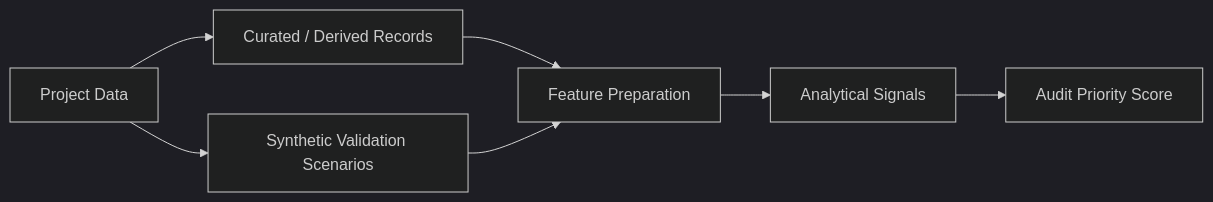
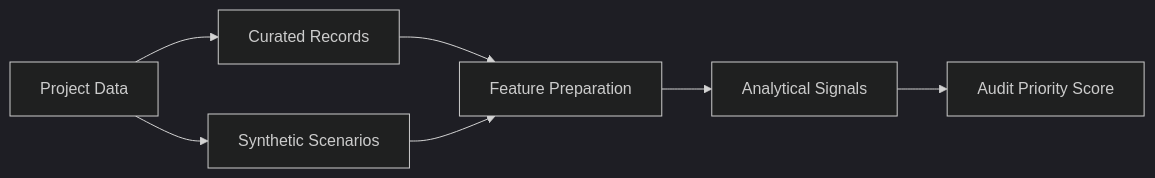
Before and after one commit to the-nidhi-bhat/mplads-sentinel: diagram 13 of 17 in README.md, drawn with Mermaid (dark theme). The commit also changed other lines of this file, not shown here.

````diff
--- a/README.md
+++ b/README.md
@@ -489,9 +490,9 @@
 ```mermaid
-flowchart LR
-    A["Project Data"] --> B["Curated / Derived Records"]
-    A --> C["Synthetic Validation Scenarios"]
-    B --> D["Feature Preparation"]
+graph LR
+    A[Project Data] --> B[Curated Records]
+    A --> C[Synthetic Scenarios]
+    B --> D[Feature Preparation]
     C --> D
-    D --> E["Analytical Signals"]
-    E --> F["Audit Priority Score"]
+    D --> E[Analytical Signals]
+    E --> F[Audit Priority Score]
 ```
````
